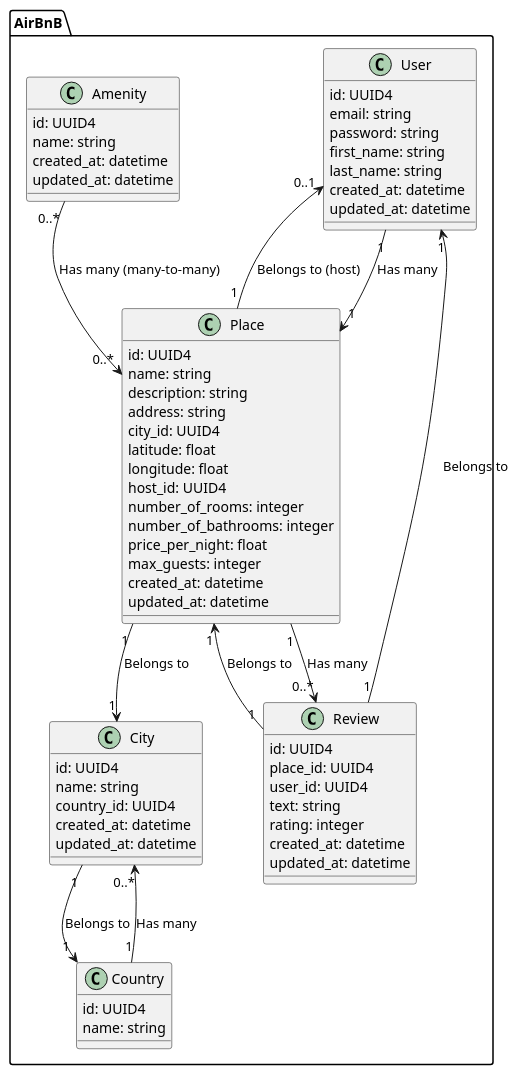
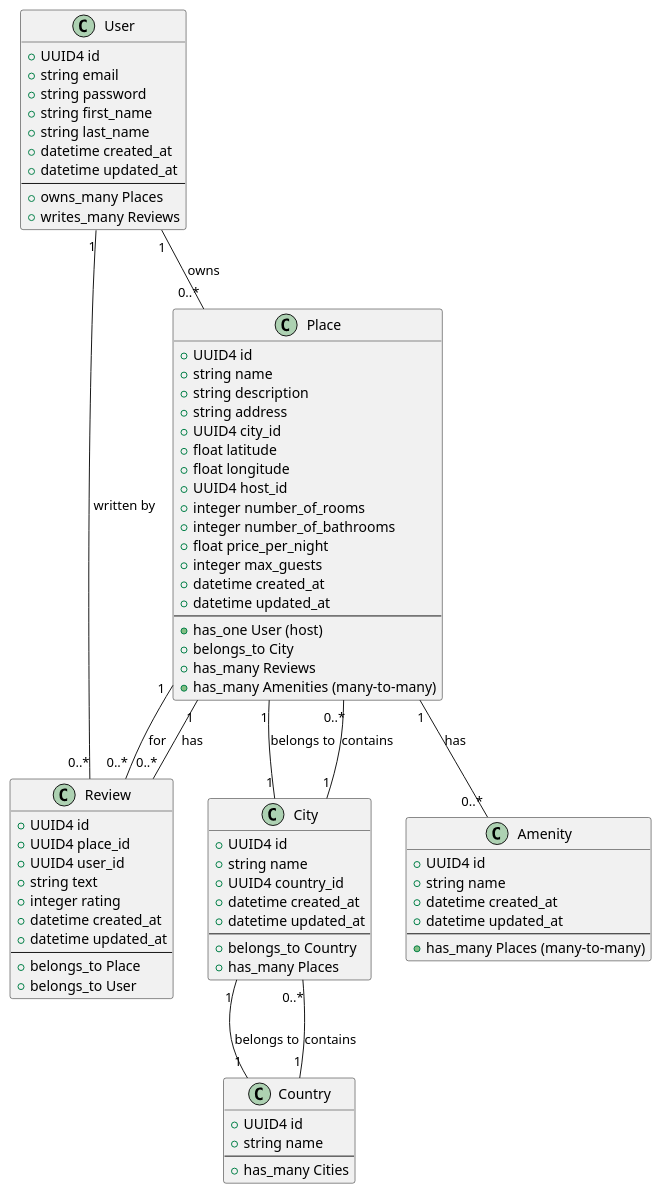
Before and after one commit to nihadamirov/holbertonschool-hbnb: the diagram in hbnb.plantuml, drawn with PlantUML.

```diff
--- a/hbnb.plantuml
+++ b/hbnb.plantuml
@@ -1,70 +1,88 @@
 @startuml
-package "AirBnB" {
-    class User {
-        id: UUID4
-        email: string
-        password: string
-        first_name: string
-        last_name: string
-        created_at: datetime
-        updated_at: datetime
-    }
-    
-    class Place {
-        id: UUID4
-        name: string
-        description: string
-        address: string
-        city_id: UUID4
-        latitude: float
-        longitude: float
-        host_id: UUID4
-        number_of_rooms: integer
-        number_of_bathrooms: integer
-        price_per_night: float
-        max_guests: integer
-        created_at: datetime
-        updated_at: datetime
-    }
-    
-    class Review {
-        id: UUID4
-        place_id: UUID4
-        user_id: UUID4
-        text: string
-        rating: integer
-        created_at: datetime
-        updated_at: datetime
-    }
-    
-    class Amenity {
-        id: UUID4
-        name: string
-        created_at: datetime
-        updated_at: datetime
-    }
-    
-    class City {
-        id: UUID4
-        name: string
-        country_id: UUID4
-        created_at: datetime
-        updated_at: datetime
-    }
-    
-    class Country {
-        id: UUID4
-        name: string
-    }
-    
-    User "1" --> "1" Place : Has many
-    Place "1" --> "0..1" User : Belongs to (host)
-    Place "1" --> "1" City : Belongs to
-    Place "1" --> "0..*" Review : Has many
-    Review "1" --> "1" User : Belongs to
-    Review "1" --> "1" Place : Belongs to
-    Amenity "0..*" --> "0..*" Place : Has many (many-to-many)
-    City "1" --> "1" Country : Belongs to
-    Country "1" --> "0..*" City : Has many
+
+class User {
+  + UUID4 id
+  + string email
+  + string password
+  + string first_name
+  + string last_name
+  + datetime created_at
+  + datetime updated_at
+  --
+  + owns_many Places
+  + writes_many Reviews
 }
+
+class Place {
+  + UUID4 id
+  + string name
+  + string description
+  + string address
+  + UUID4 city_id
+  + float latitude
+  + float longitude
+  + UUID4 host_id
+  + integer number_of_rooms
+  + integer number_of_bathrooms
+  + float price_per_night
+  + integer max_guests
+  + datetime created_at
+  + datetime updated_at
+  --
+  + has_one User (host)
+  + belongs_to City
+  + has_many Reviews
+  + has_many Amenities (many-to-many)
+}
+
+class Review {
+  + UUID4 id
+  + UUID4 place_id
+  + UUID4 user_id
+  + string text
+  + integer rating
+  + datetime created_at
+  + datetime updated_at
+  --
+  + belongs_to Place
+  + belongs_to User
+}
+
+class Amenity {
+  + UUID4 id
+  + string name
+  + datetime created_at
+  + datetime updated_at
+  --
+  + has_many Places (many-to-many)
+}
+
+class City {
+  + UUID4 id
+  + string name
+  + UUID4 country_id
+  + datetime created_at
+  + datetime updated_at
+  --
+  + belongs_to Country
+  + has_many Places
+}
+
+class Country {
+  + UUID4 id
+  + string name
+  --
+  + has_many Cities
+}
+
+User "1" -- "0..*" Place : owns
+Place "1" -- "0..*" Review : has
+Place "1" -- "0..*" Amenity : has
+Place "1" -- "1" City : belongs to
+City "1" -- "0..*" Place : contains
+City "1" -- "1" Country : belongs to
+Country "1" -- "0..*" City : contains
+Review "0..*" -- "1" User : written by
+Review "0..*" -- "1" Place : for
+
 @enduml
```
